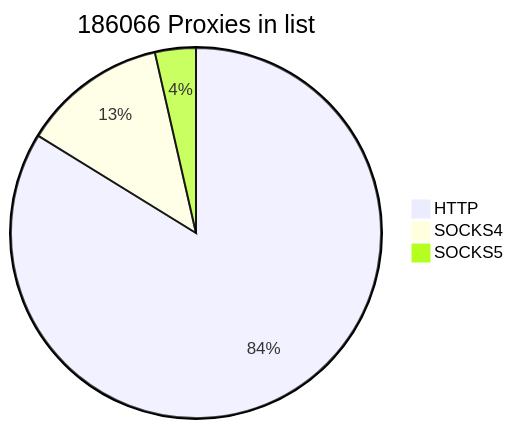
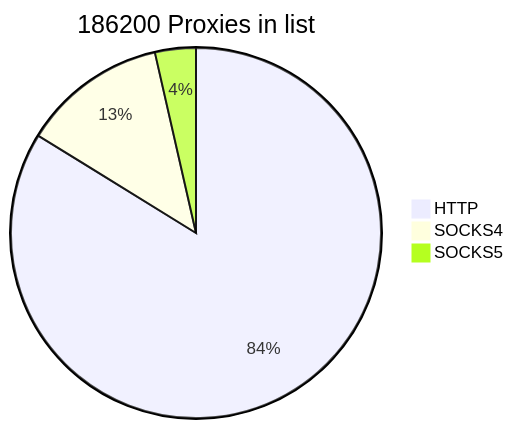
The first of 2 diagrams in README.md (cutipu/proxylist), drawn with Mermaid before and after one commit. The commit also changed other lines of this file, not shown here.

````diff
--- a/README.md
+++ b/README.md
@@ -2,7 +2,7 @@
 ```mermaid
-pie title 186066 Proxies in list
-    "HTTP" : 155902
+pie title 186200 Proxies in list
+    "HTTP" : 156036
     "SOCKS4" : 23527
     "SOCKS5" : 6637
             
 ```
````
